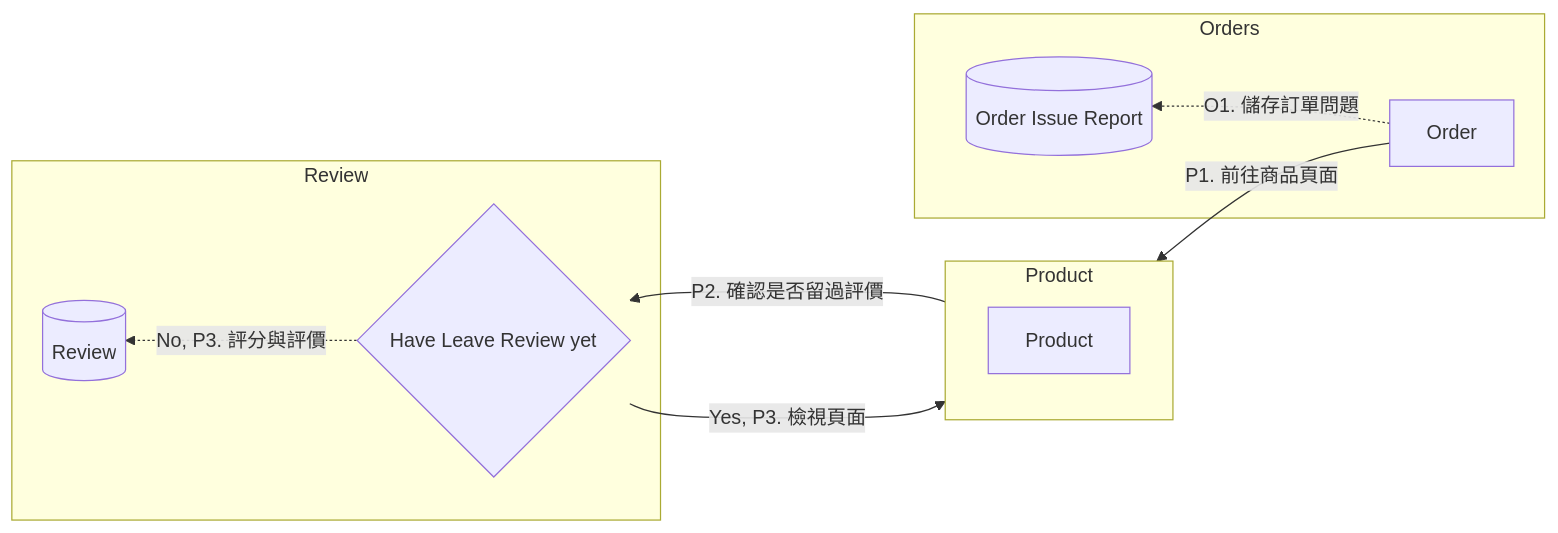
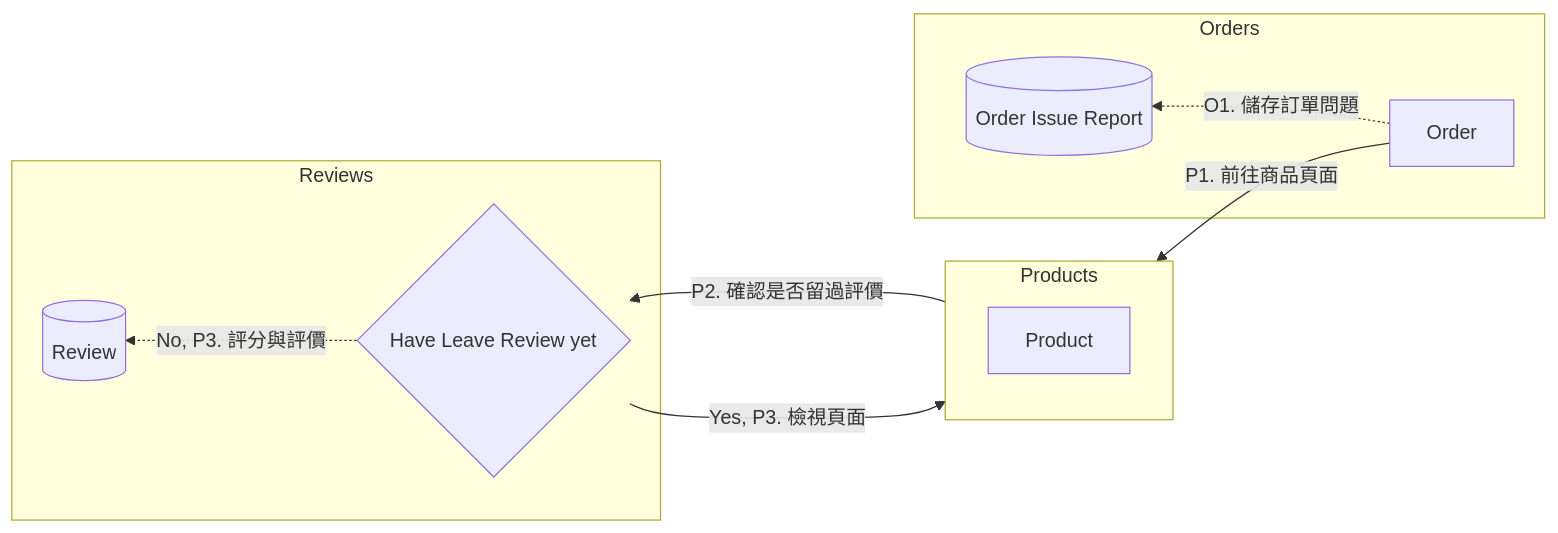
Before and after one commit to stevetsaoch/Ecommerce: the sixth of 6 diagrams in README.md, drawn with Mermaid.

````diff
--- a/README.md
+++ b/README.md
@@ -230,16 +230,16 @@
 ```mermaid
     flowchart RL
-    subgraph Product
+    subgraph Products
       direction TB
         P[Product]
     end
     subgraph Orders
       O[Order] --"P1. 前往商品頁面"--> P
       O -."O1. 儲存訂單問題".-> OS[(Order Issue Report)]
     end
     RL{Have Leave Review yet}
-    subgraph Review
+    subgraph Reviews
       P --"P2. 確認是否留過評價"--> RL -."No, P3. 評分與評價".-> R[(Review)]
       RL --"Yes, P3. 檢視頁面"--> P
     end
 ```
````
